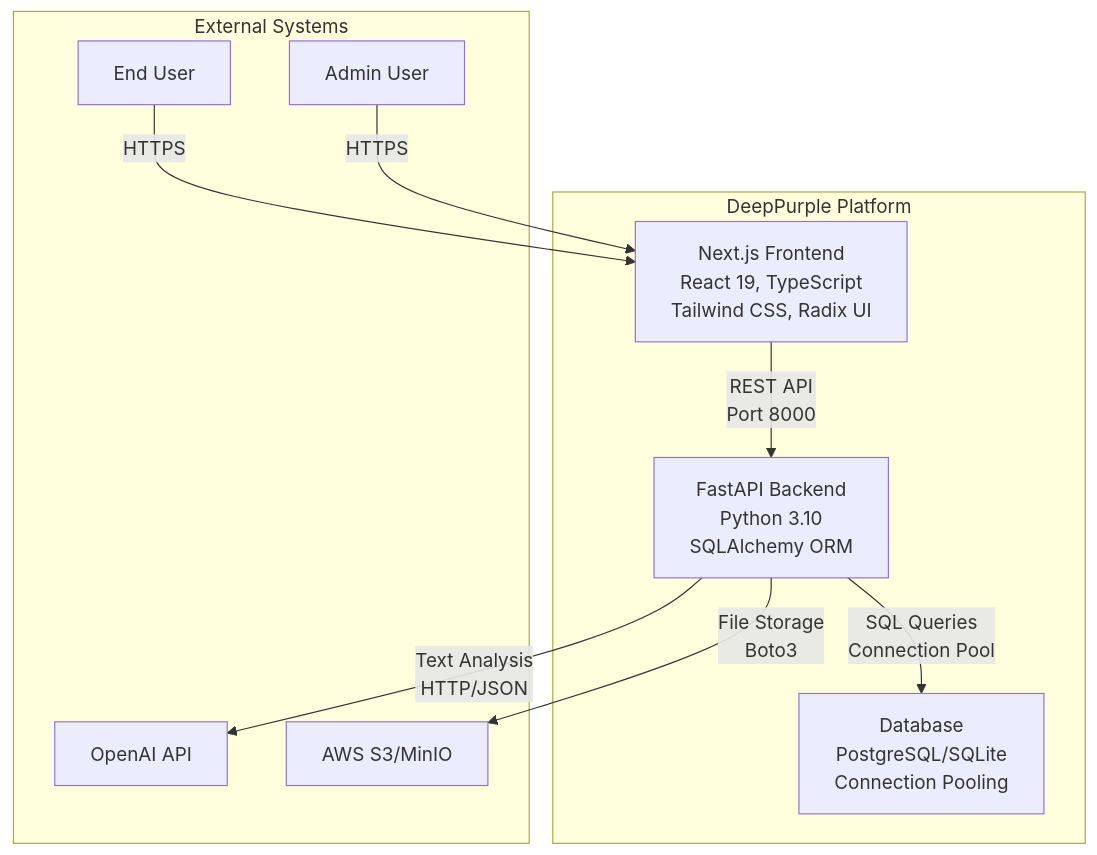
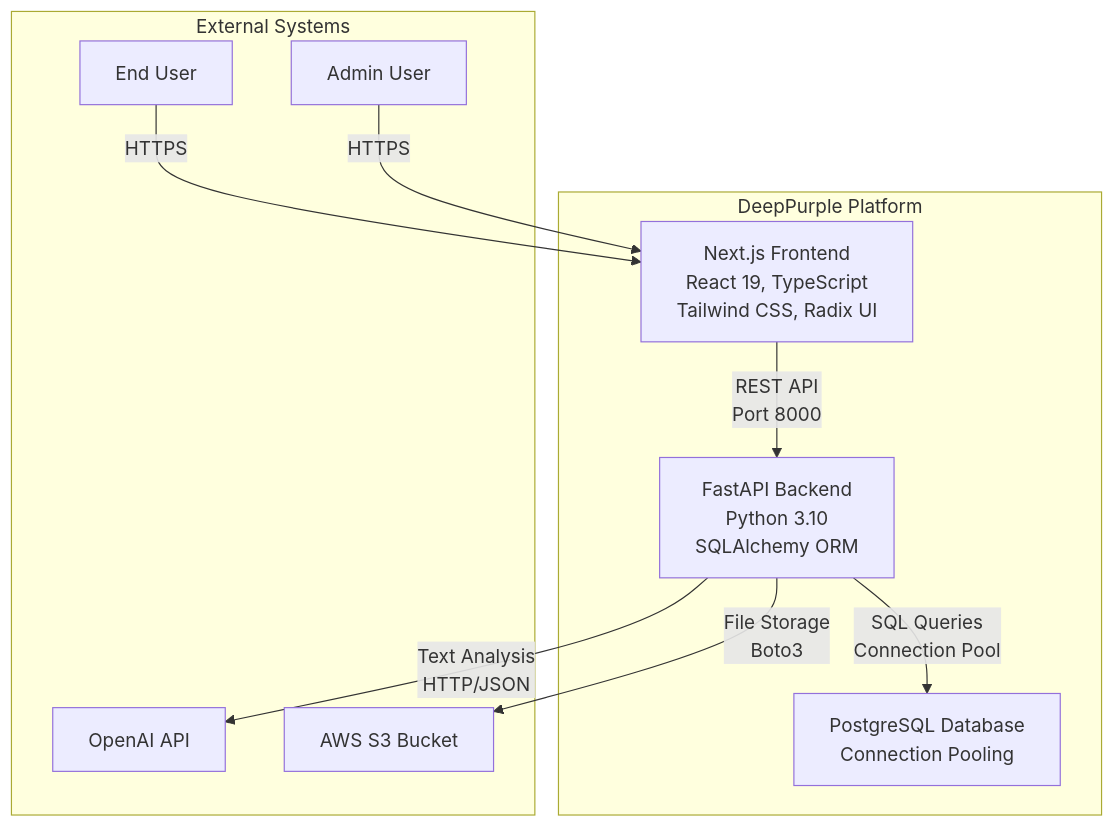
The first of 7 diagrams in readme/README_DIAGRAM.md (akileshjayakumar/deeppurple-fyp-25-s2-05), drawn with Mermaid before and after one commit. The commit also changed other lines of this file, not shown here.

Commit message:
docs: rename architecture diagrams and improve mermaid flowchart styling

````diff
--- a/readme/README_DIAGRAM.md
+++ b/readme/README_DIAGRAM.md
@@ -11,22 +11,22 @@
 ```mermaid
 graph TB
     subgraph "External Systems"
         User["End User"]
         Admin["Admin User"]
         OpenAI["OpenAI API"]
-        S3["AWS S3/MinIO"]
+        S3["AWS S3 Bucket"]
     end
 
     subgraph "DeepPurple Platform"
         Frontend["Next.js Frontend<br/>React 19, TypeScript<br/>Tailwind CSS, Radix UI"]
         Backend["FastAPI Backend<br/>Python 3.10<br/>SQLAlchemy ORM"]
-        Database["Database<br/>PostgreSQL/SQLite<br/>Connection Pooling"]
+        Database["PostgreSQL Database<br/>Connection Pooling"]
     end
 
     User -->|HTTPS| Frontend
     Admin -->|HTTPS| Frontend
     Frontend -->|REST API<br/>Port 8000| Backend
     Backend -->|SQL Queries<br/>Connection Pool| Database
     Backend -->|File Storage<br/>Boto3| S3
     Backend -->|Text Analysis<br/>HTTP/JSON| OpenAI
 ```
````
